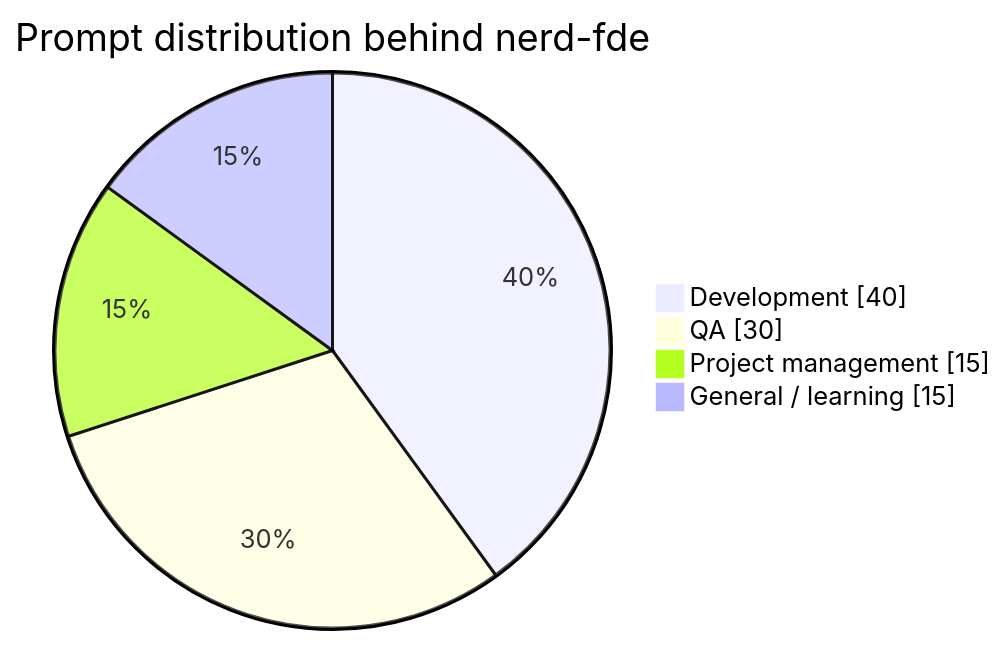
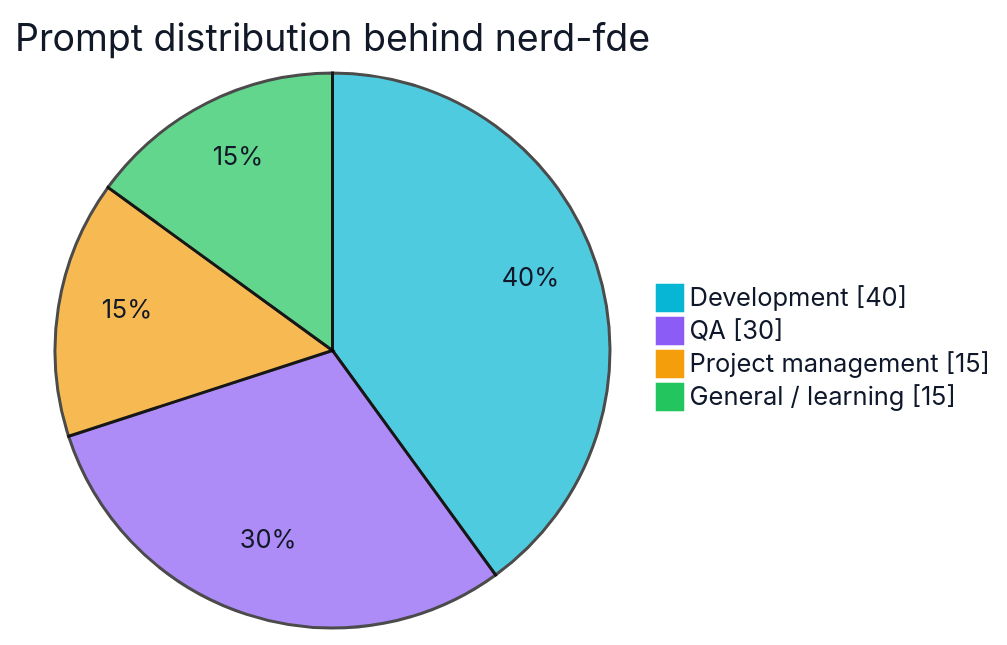
The first of 4 diagrams in README.md (Shreyansh-saagar/nerd-fde-Claude-Skill), drawn with Mermaid before and after one commit. The commit also changed other lines of this file, not shown here.

Commit message:
docs: brighten Mermaid charts with nerd-fde palette

````diff
--- a/README.md
+++ b/README.md
@@ -50,8 +50,9 @@
 ```mermaid
+%%{init: {'theme':'base', 'themeVariables': { 'primaryColor':'#22D3EE', 'primaryTextColor':'#0F172A', 'primaryBorderColor':'#0891B2', 'secondaryColor':'#FDE047', 'secondaryTextColor':'#111827', 'secondaryBorderColor':'#F59E0B', 'tertiaryColor':'#F9A8D4', 'tertiaryTextColor':'#111827', 'tertiaryBorderColor':'#DB2777', 'lineColor':'#8B5CF6', 'clusterBkg':'#DCFCE7', 'clusterBorder':'#22C55E', 'defaultLinkColor':'#8B5CF6', 'edgeLabelBackground':'#FFFFFF', 'pie1':'#06B6D4', 'pie2':'#8B5CF6', 'pie3':'#F59E0B', 'pie4':'#22C55E', 'pie5':'#FB7185', 'pieOuterStrokeColor':'#FFFFFF', 'pieSectionTextColor':'#111827', 'pieTitleTextColor':'#111827' }}}%%
 pie showData
     title Prompt distribution behind nerd-fde
     "Development" : 40
     "QA" : 30
     "Project management" : 15
     "General / learning" : 15
 ```
````
